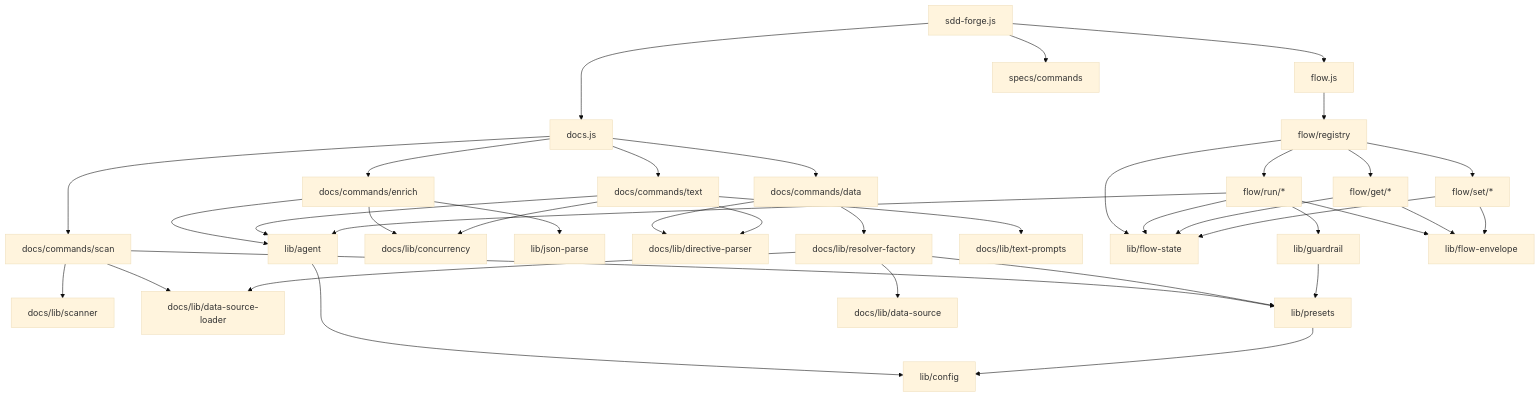
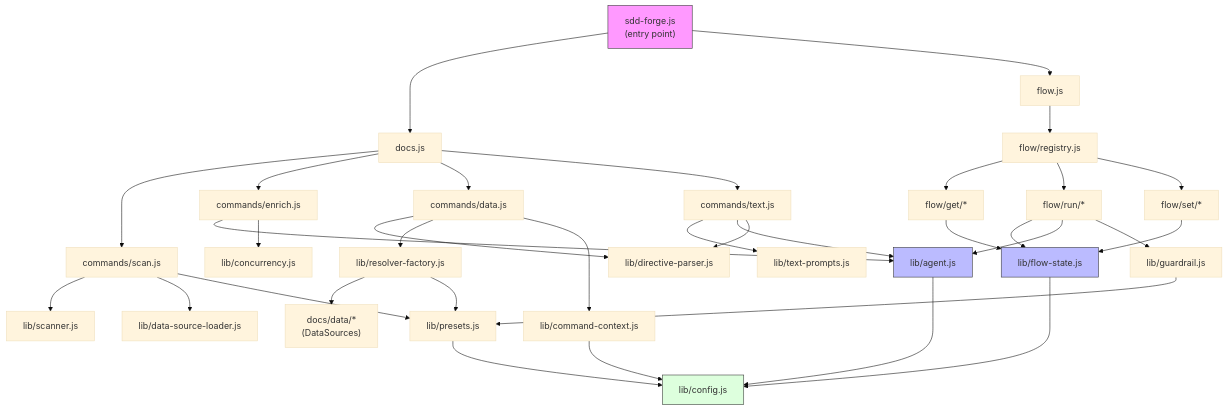
The diagram in docs/internal_design.md (SpreadWorks/sdd-forge), drawn with Mermaid (base theme) before and after one commit. The commit also changed other lines of this file and 6 other files, not shown here.

````diff
--- a/docs/internal_design.md
+++ b/docs/internal_design.md
@@ -97,51 +122,50 @@
 ```mermaid
 graph TD
-  Entry["sdd-forge.js"] --> Docs["docs.js"]
-  Entry --> Flow["flow.js"]
-  Entry --> Specs["specs/commands"]
+    CLI["sdd-forge.js\n(entry point)"] --> docsJS["docs.js"]
+    CLI --> flowJS["flow.js"]
 
-  Docs --> scan["docs/commands/scan"]
-  Docs --> enrich["docs/commands/enrich"]
-  Docs --> data["docs/commands/data"]
-  Docs --> text["docs/commands/text"]
+    docsJS --> scan["commands/scan.js"]
+    docsJS --> enrich["commands/enrich.js"]
+    docsJS --> data["commands/data.js"]
+    docsJS --> text["commands/text.js"]
 
-  scan --> scanner["docs/lib/scanner"]
-  scan --> dsl["docs/lib/data-source-loader"]
-  scan --> presets["lib/presets"]
+    scan --> scanner["lib/scanner.js"]
+    scan --> dataSourceLoader["lib/data-source-loader.js"]
+    scan --> presetsLib["lib/presets.js"]
 
-  enrich --> agent["lib/agent"]
-  enrich --> concurrency["docs/lib/concurrency"]
-  enrich --> jsonParse["lib/json-parse"]
+    enrich --> agentLib["lib/agent.js"]
+    enrich --> concurrency["lib/concurrency.js"]
 
-  data --> dp["docs/lib/directive-parser"]
-  data --> rf["docs/lib/resolver-factory"]
+    data --> directiveParser["lib/directive-parser.js"]
+    data --> resolverFactory["lib/resolver-factory.js"]
+    data --> commandContext["lib/command-context.js"]
 
-  text --> dp
-  text --> tp["docs/lib/text-prompts"]
-  text --> agent
-  text --> concurrency
+    text --> textPrompts["lib/text-prompts.js"]
+    text --> agentLib
+    text --> directiveParser
 
-  rf --> dsl
-  rf --> presets
-  rf --> ds["docs/lib/data-source"]
+    resolverFactory --> dataSources["docs/data/*\n(DataSources)"]
+    resolverFactory --> presetsLib
 
-  Flow --> registry["flow/registry"]
-  registry --> flowState["lib/flow-state"]
-  registry --> getHandlers["flow/get/*"]
-  registry --> setHandlers["flow/set/*"]
-  registry --> runHandlers["flow/run/*"]
+    flowJS --> registry["flow/registry.js"]
+    registry --> get["flow/get/*"]
+    registry --> run["flow/run/*"]
+    registry --> setCmd["flow/set/*"]
 
-  runHandlers --> agent
-  runHandlers --> guardrail["lib/guardrail"]
-  runHandlers --> flowState
-  runHandlers --> envelope["lib/flow-envelope"]
+    get --> flowState["lib/flow-state.js"]
+    run --> flowState
+    setCmd --> flowState
+    run --> agentLib
+    run --> guardrail["lib/guardrail.js"]
 
-  getHandlers --> flowState
-  getHandlers --> envelope
-  setHandlers --> flowState
-  setHandlers --> envelope
+    guardrail --> presetsLib
+    flowState --> config["lib/config.js"]
+    agentLib --> config
+    presetsLib --> config
+    commandContext --> config
 
-  guardrail --> presets
-  agent --> config["lib/config"]
-  presets --> config
+    style CLI fill:#f9f,stroke:#333
+    style agentLib fill:#bbf,stroke:#333
+    style flowState fill:#bbf,stroke:#333
+    style config fill:#dfd,stroke:#333
 ```
````
